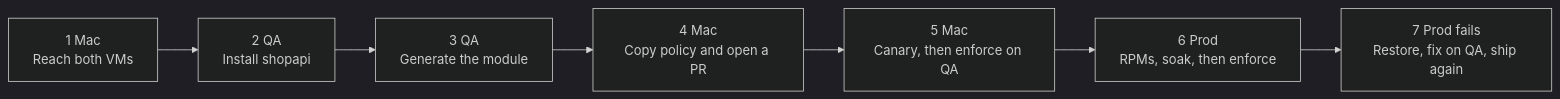
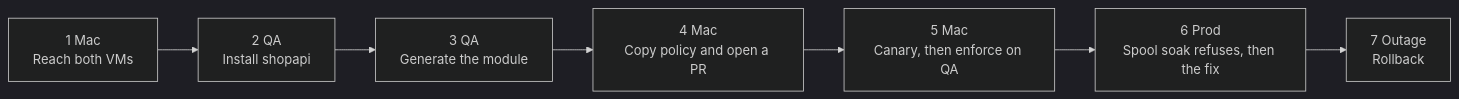
One commit to anurag-saran/selinux-pac changed the first of 8 diagrams in docs/demo/203-RHEL_TWO_HOST.md. Above: the diagram before and after it, drawn with Mermaid (dark theme). The commit also changed other lines of this file and 5 other files, not shown here.

First line of the commit message:
Show the prod soak gate refusing a spool denial before enforce.

````diff
--- a/docs/demo/203-RHEL_TWO_HOST.md
+++ b/docs/demo/203-RHEL_TWO_HOST.md
@@ -9,11 +9,11 @@
 ```mermaid
 flowchart LR
   p1["1 Mac<br/>Reach both VMs"]
   p2["2 QA<br/>Install shopapi"]
   p3["3 QA<br/>Generate the module"]
   p4["4 Mac<br/>Copy policy and open a PR"]
   p5["5 Mac<br/>Canary, then enforce on QA"]
-  p6["6 Prod<br/>RPMs, soak, then enforce"]
-  p7["7 Prod fails<br/>Restore, fix on QA, ship again"]
+  p6["6 Prod<br/>Spool soak refuses, then the fix"]
+  p7["7 Outage<br/>Rollback"]
   p1 --> p2 --> p3 --> p4 --> p5 --> p6 --> p7
 ```
````
